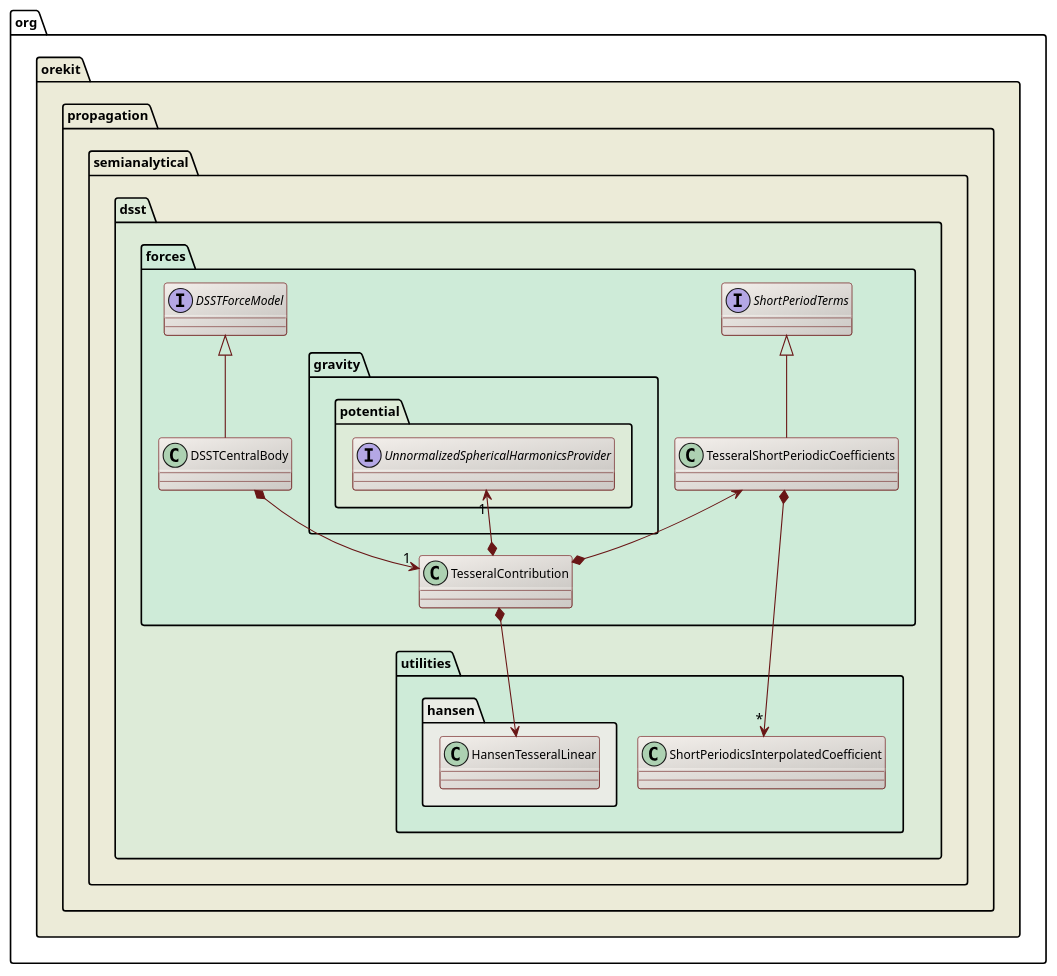
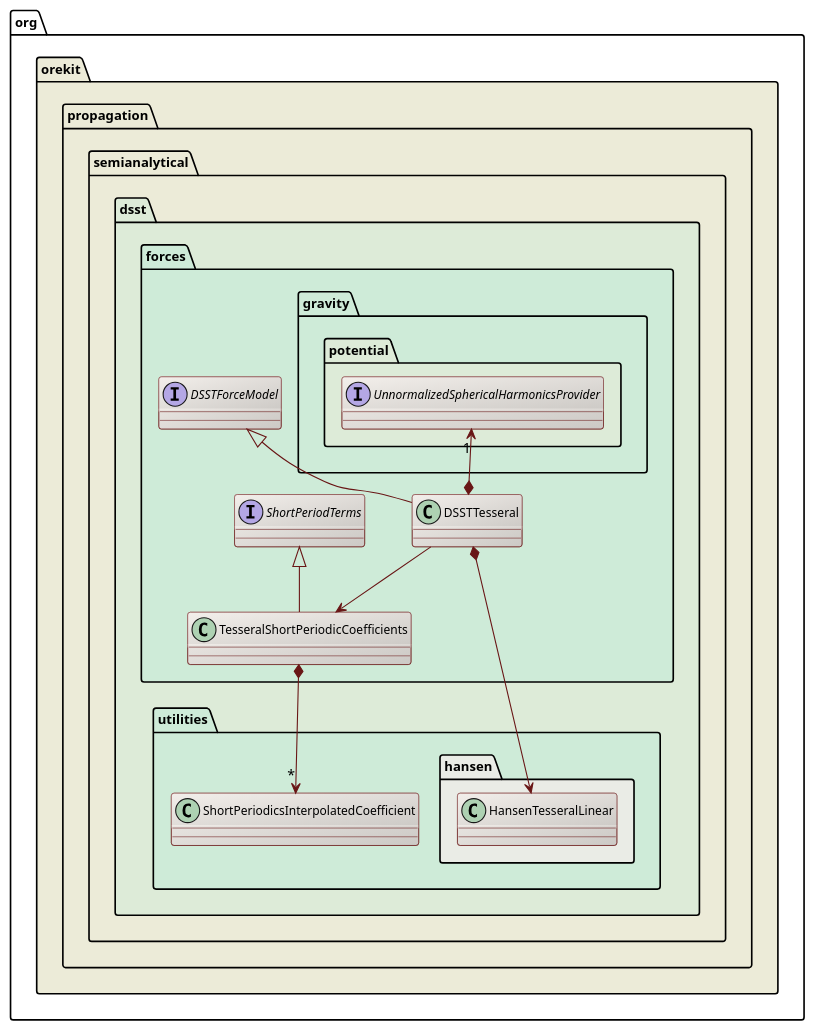
One commit to CS-SI/Orekit changed the diagram in src/design/dsst-tesseral-contribution-class-diagram.puml. Above: the diagram before and after it, drawn with PlantUML. The commit also changed 1 other file, not shown here.

Commit message:
Fixed UML class diagrams for DSST.

```diff
--- a/src/design/dsst-tesseral-contribution-class-diagram.puml
+++ b/src/design/dsst-tesseral-contribution-class-diagram.puml
@@ -17,40 +17,39 @@
 @startuml
 
   skinparam svek                  true
   skinparam ClassBackgroundColor  #F3EFEB/CCC9C5
   skinparam ClassArrowColor       #691616
   skinparam ClassBorderColor      #691616
   skinparam NoteBackgroundColor   #F3EFEB
   skinparam NoteBorderColor       #691616
   skinparam NoteFontColor         #691616
   skinparam ClassFontSize         11
   skinparam PackageFontSize       12
 
   package org.orekit #ECEBD8 {
 
     package propagation.semianalytical.dsst #DDEBD8 {
 
       Package forces #CEEBD8 {
-        TesseralShortPeriodicCoefficients <--* TesseralContribution
         interface DSSTForceModel
         interface ShortPeriodTerms
-        DSSTForceModel <|-- DSSTCentralBody
+        DSSTForceModel <|-- DSSTTesseral
+        DSSTTesseral --> TesseralShortPeriodicCoefficients
         ShortPeriodTerms <|-- TesseralShortPeriodicCoefficients
-        DSSTCentralBody *--> "1" TesseralContribution
       }
 
       package utilities #CEEBD8 {
         package hansen #EAECE6 {
           class HansenTesseralLinear
         }
           TesseralShortPeriodicCoefficients *--> "*" ShortPeriodicsInterpolatedCoefficient
-          TesseralContribution *--> HansenTesseralLinear
+          DSSTTesseral *--> HansenTesseralLinear
        }
 
       package forces.gravity.potential #DDEBD8 {
           interface UnnormalizedSphericalHarmonicsProvider
-          UnnormalizedSphericalHarmonicsProvider "1" <--* TesseralContribution
+          UnnormalizedSphericalHarmonicsProvider "1" <--* DSSTTesseral
       }
   }
 
 @enduml
```
